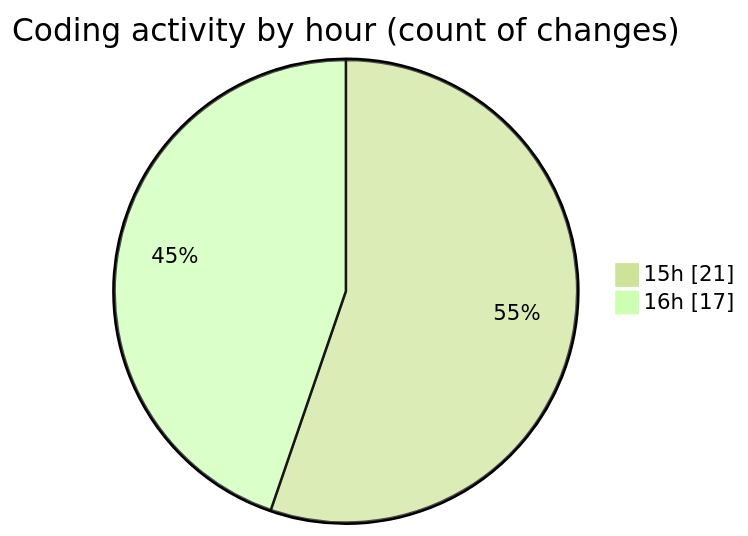
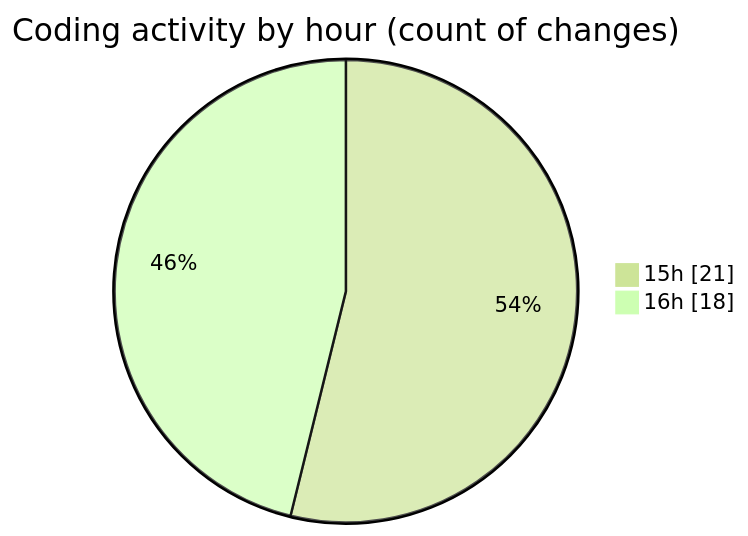
Before and after one commit to NitaiMahat/code-tracking: the second of 2 diagrams in 2025-01-26/results-summary-component-main/README.md, drawn with Mermaid (forest theme). The commit also changed other lines of this file and 1 other file, not shown here.

````diff
--- a/2025-01-26/results-summary-component-main/README.md
+++ b/2025-01-26/results-summary-component-main/README.md
@@ -30,6 +30,6 @@
 ```mermaid
 pie showData
 title Coding activity by hour (count of changes)
 "15h" : 21
-"16h" : 17
+"16h" : 18
 ```
````
